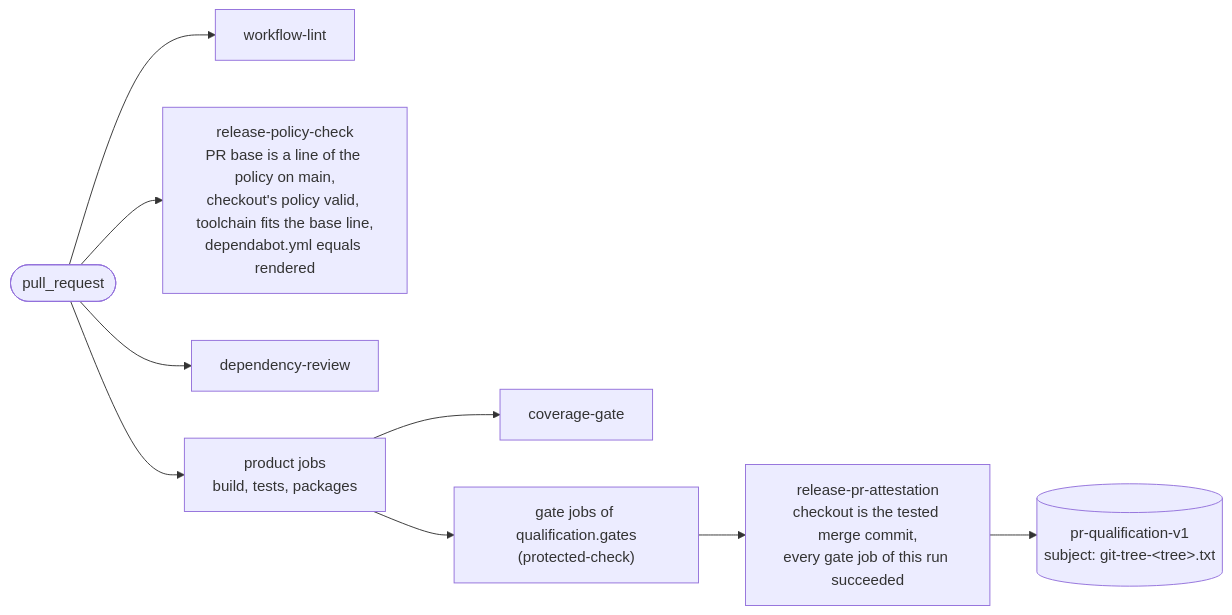
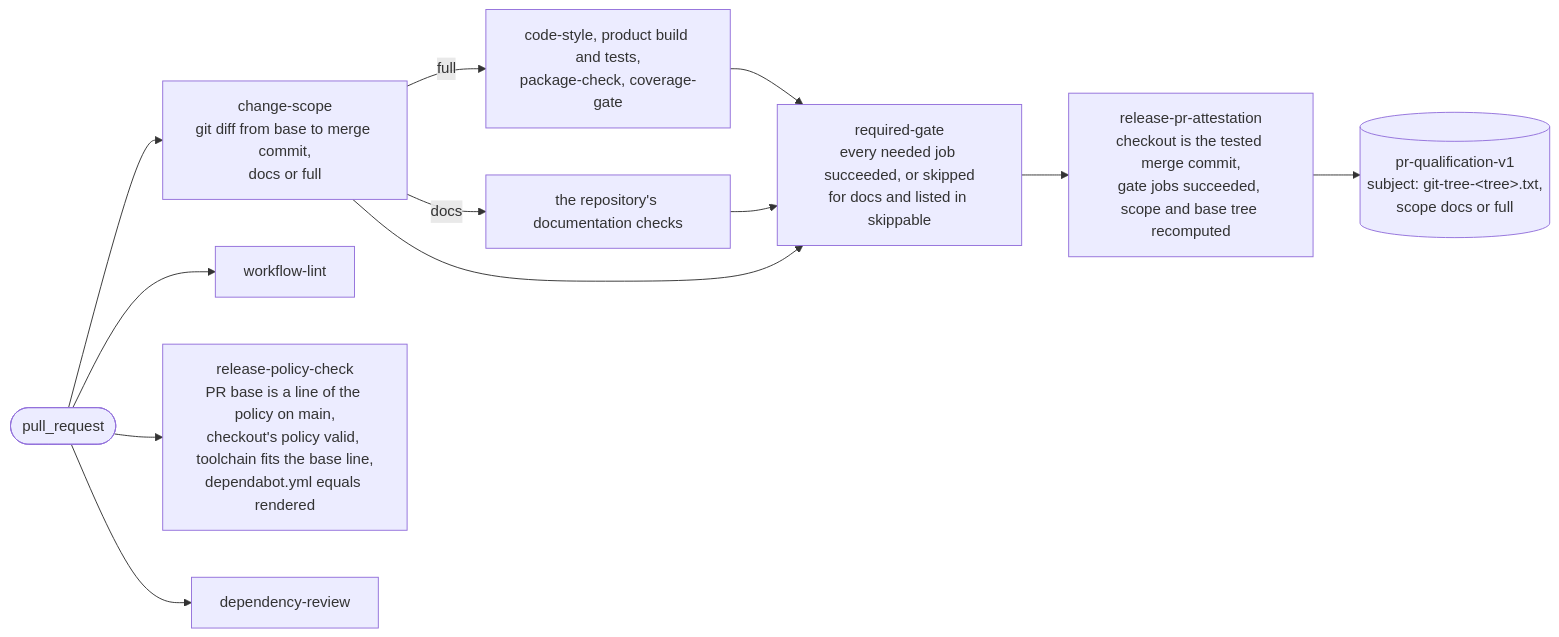
One commit to doka-labs/workflows changed the fifth of 19 diagrams in docs/overview.md. Above: the diagram before and after it, drawn with Mermaid. The commit also changed other lines of this file and 21 other files, not shown here.

First line of the commit message:
feat(workflows): code style, PR package check and docs-only scope

````diff
--- a/docs/overview.md
+++ b/docs/overview.md
@@ -153,11 +159,14 @@
 ```mermaid
 flowchart LR
-  pr(["pull_request"]) --> lint["workflow-lint"]
+  pr(["pull_request"]) --> scope["change-scope<br/>git diff from base to merge commit,<br/>docs or full"]
+  pr --> lint["workflow-lint"]
   pr --> check["release-policy-check<br/>PR base is a line of the policy on main,<br/>checkout's policy valid, toolchain fits the base line,<br/>dependabot.yml equals rendered"]
   pr --> review["dependency-review"]
-  pr --> gates["product jobs<br/>build, tests, packages"]
-  gates --> cov["coverage-gate"]
-  gates --> qg["gate jobs of qualification.gates<br/>(protected-check)"]
-  qg --> prat["release-pr-attestation<br/>checkout is the tested merge commit,<br/>every gate job of this run succeeded"]
-  prat --> att[("pr-qualification-v1<br/>subject: git-tree-&lt;tree&gt;.txt")]
+  scope -- full --> heavy["code-style, product build and tests,<br/>package-check, coverage-gate"]
+  scope -- docs --> docs["the repository's documentation checks"]
+  heavy --> req["required-gate<br/>every needed job succeeded, or skipped<br/>for docs and listed in skippable"]
+  docs --> req
+  scope --> req
+  req --> prat["release-pr-attestation<br/>checkout is the tested merge commit,<br/>gate jobs succeeded, scope and base tree recomputed"]
+  prat --> att[("pr-qualification-v1<br/>subject: git-tree-&lt;tree&gt;.txt,<br/>scope docs or full")]
 ```
````
